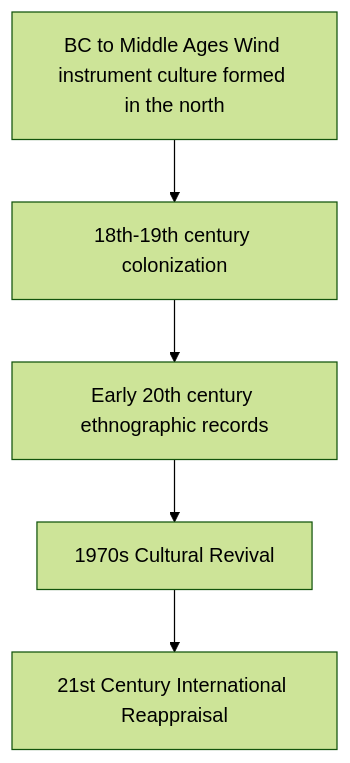
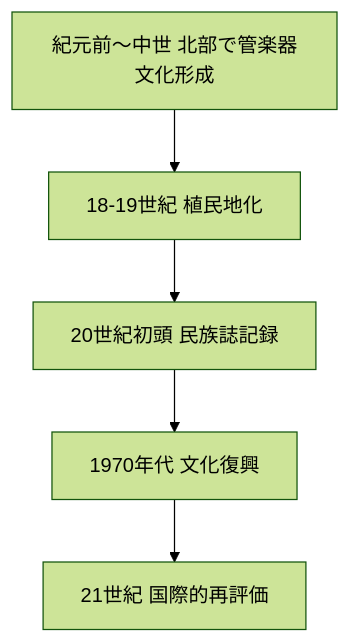
The first of 2 diagrams in en/_posts/2026-01-16-column-didgeridoo-sound.md (monumental-movement/monumental-movement.github.io), drawn with Mermaid (forest theme) before and after one commit. The commit also changed other lines of this file and 775 other files, not shown here.

```diff
--- a/en/_posts/2026-01-16-column-didgeridoo-sound.md
+++ b/en/_posts/2026-01-16-column-didgeridoo-sound.md
@@ -139,7 +139,7 @@
 <div class="mermaid">
 flowchart TD
-    A[BC to Middle Ages Wind instrument culture formed in the north] --> B[18th-19th century colonization]
-    B --> C[Early 20th century ethnographic records]
-    C --> D[1970s Cultural Revival]
-    D --> E[21st Century International Reappraisal]
+    A[紀元前〜中世 北部で管楽器文化形成] --> B[18-19世紀 植民地化]
+    B --> C[20世紀初頭 民族誌記録]
+    C --> D[1970年代 文化復興]
+    D --> E[21世紀 国際的再評価]
 </div>
```
